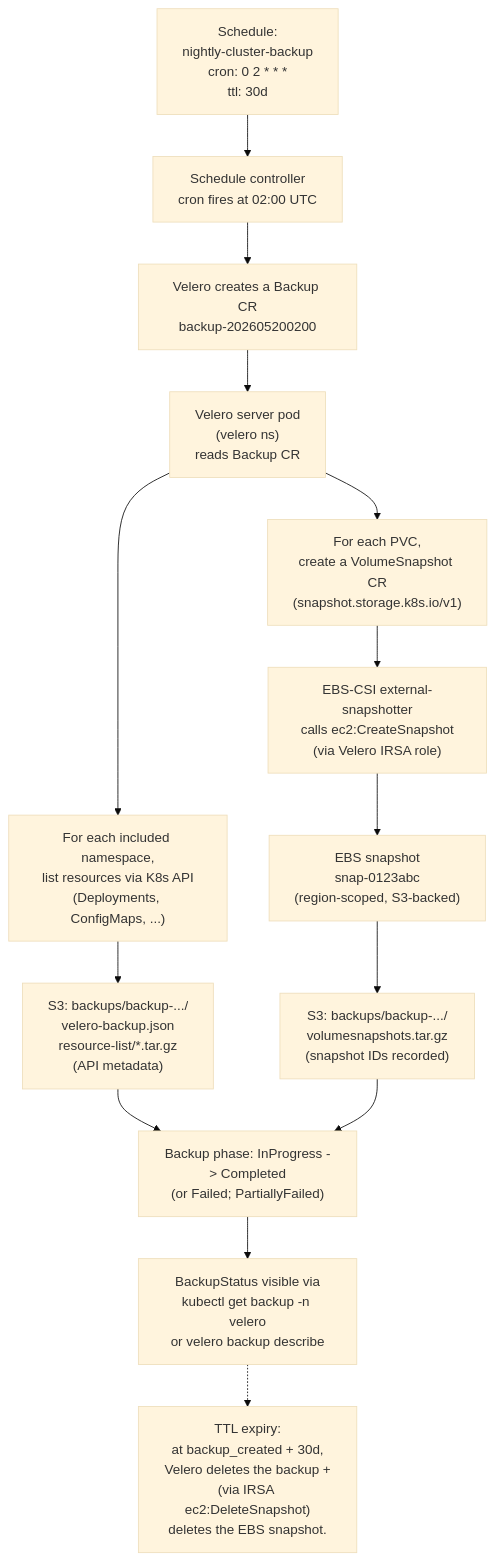
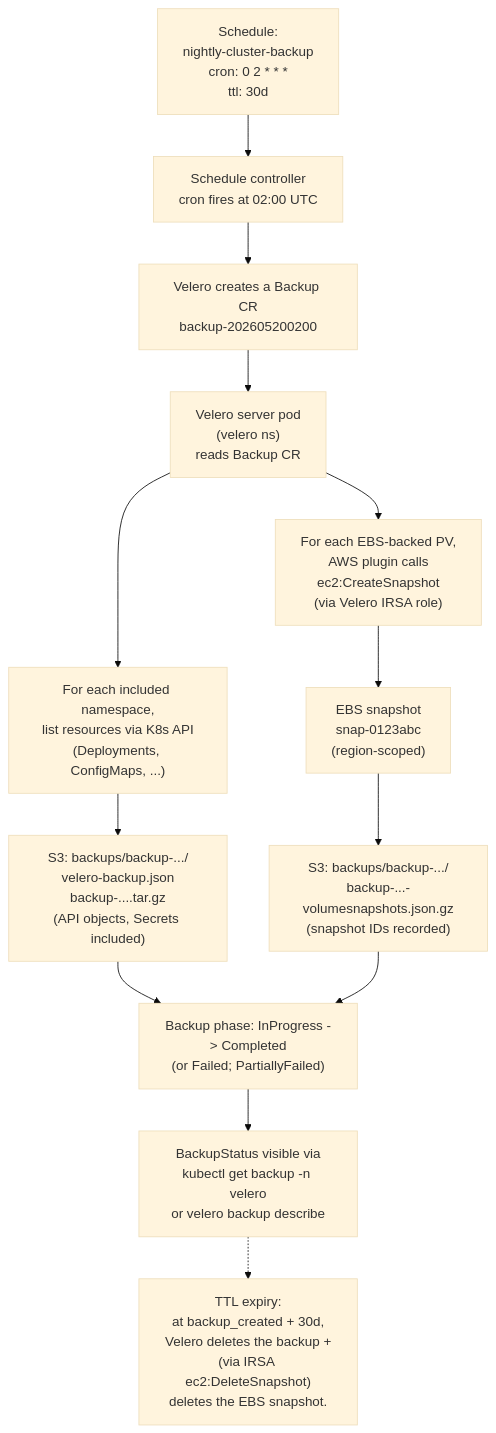
The diagram in full-guide/14-eks-in-production-a-to-z/14-backup-and-restore-velero.md (abd-ulbasit/bookstore-kubernetes-guide), drawn with Mermaid (base theme) before and after one commit. The commit also changed other lines of this file and 2 other files, not shown here.

````diff
--- a/full-guide/14-eks-in-production-a-to-z/14-backup-and-restore-velero.md
+++ b/full-guide/14-eks-in-production-a-to-z/14-backup-and-restore-velero.md
@@ -248,25 +297,24 @@
 ```mermaid
 flowchart TB
     sched["Schedule:<br/>nightly-cluster-backup<br/>cron: 0 2 * * *<br/>ttl: 30d"]
     cron["Schedule controller<br/>cron fires at 02:00 UTC"]
     bk["Velero creates a Backup CR<br/>backup-202605200200"]
     velero["Velero server pod<br/>(velero ns)<br/>reads Backup CR"]
     api["For each included namespace,<br/>list resources via K8s API<br/>(Deployments, ConfigMaps, ...)"]
-    s3meta["S3: backups/backup-.../<br/>velero-backup.json<br/>resource-list/*.tar.gz<br/>(API metadata)"]
-    csi["For each PVC,<br/>create a VolumeSnapshot CR<br/>(snapshot.storage.k8s.io/v1)"]
-    ebs["EBS-CSI external-snapshotter<br/>calls ec2:CreateSnapshot<br/>(via Velero IRSA role)"]
-    snap["EBS snapshot<br/>snap-0123abc<br/>(region-scoped, S3-backed)"]
-    s3snapref["S3: backups/backup-.../<br/>volumesnapshots.tar.gz<br/>(snapshot IDs recorded)"]
+    s3meta["S3: backups/backup-.../<br/>velero-backup.json<br/>backup-....tar.gz<br/>(API objects, Secrets included)"]
+    csi["For each EBS-backed PV,<br/>AWS plugin calls<br/>ec2:CreateSnapshot<br/>(via Velero IRSA role)"]
+    snap["EBS snapshot<br/>snap-0123abc<br/>(region-scoped)"]
+    s3snapref["S3: backups/backup-.../<br/>backup-...-volumesnapshots.json.gz<br/>(snapshot IDs recorded)"]
     pd["Backup phase: InProgress -> Completed<br/>(or Failed; PartiallyFailed)"]
     obs["BackupStatus visible via<br/>kubectl get backup -n velero<br/>or velero backup describe"]
 
     sched --> cron --> bk --> velero
     velero --> api --> s3meta
-    velero --> csi --> ebs --> snap --> s3snapref
+    velero --> csi --> snap --> s3snapref
     s3meta --> pd
     s3snapref --> pd
     pd --> obs
 
     note["TTL expiry:<br/>at backup_created + 30d,<br/>Velero deletes the backup +<br/>(via IRSA ec2:DeleteSnapshot)<br/>deletes the EBS snapshot."]
     obs -.-> note
 ```
````
